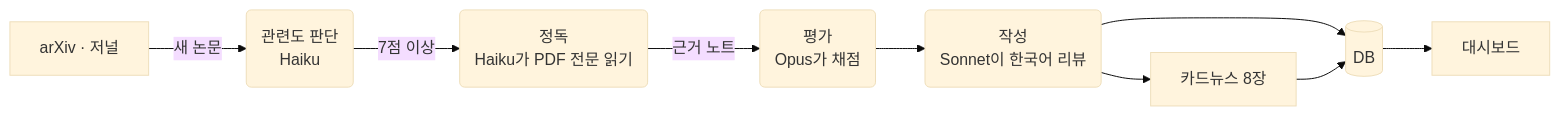
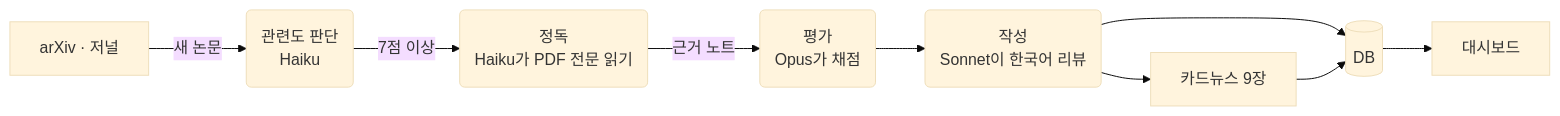
One commit to SeonGyuJang/STAR_WARS changed the diagram in README.md. Above: the diagram before and after it, drawn with Mermaid (base theme). The commit also changed other lines of this file and 7 other files, not shown here.

````diff
--- a/README.md
+++ b/README.md
@@ -48,11 +48,11 @@
 ```mermaid
 flowchart LR
     A[arXiv · 저널] -->|새 논문| B(관련도 판단<br/>Haiku)
     B -->|7점 이상| C(정독<br/>Haiku가 PDF 전문 읽기)
     C -->|근거 노트| D(평가<br/>Opus가 채점)
     D --> E(작성<br/>Sonnet이 한국어 리뷰)
-    E --> F[카드뉴스 8장]
+    E --> F[카드뉴스 9장]
     E --> G[(DB)]
     F --> G
     G --> H[대시보드]
 ```
````
